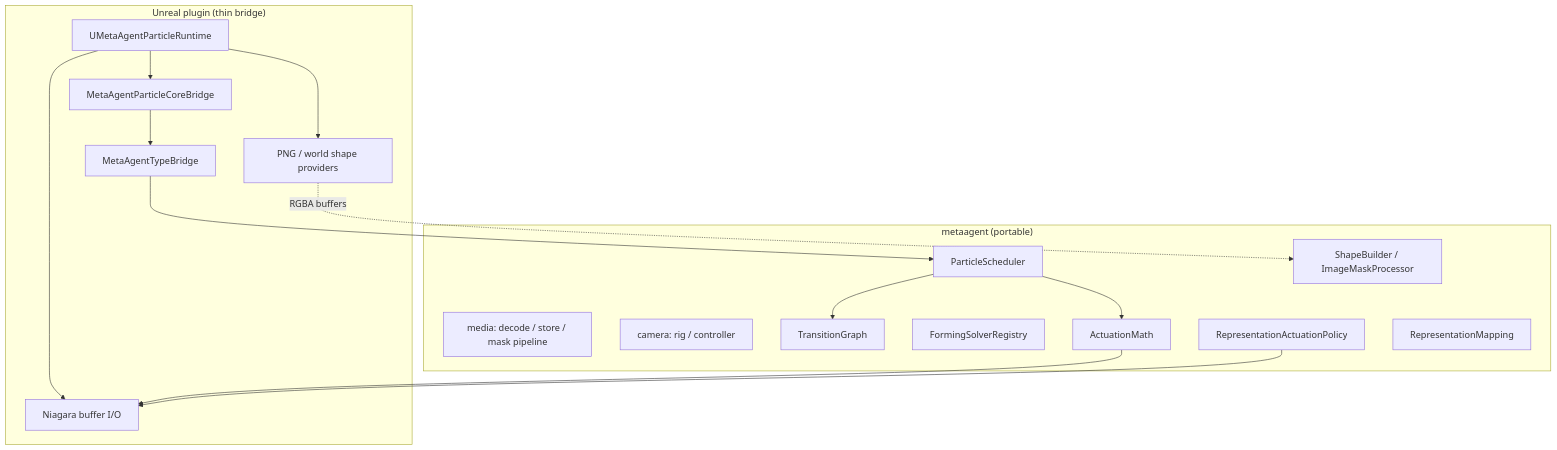
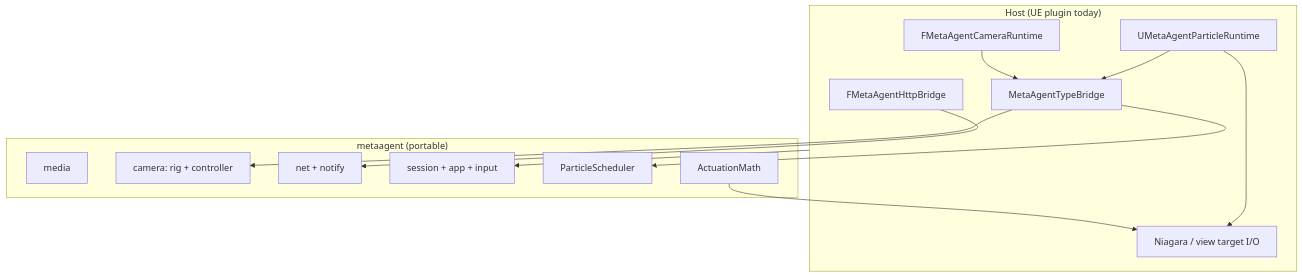
One commit to vecnode/metaagent-ue5-plugin changed the diagram in metaagent/README.md. Above: the diagram before and after it, drawn with Mermaid. The commit also changed other lines of this file and 49 other files, not shown here.

````diff
--- a/metaagent/README.md
+++ b/metaagent/README.md
@@ -23,33 +23,26 @@
 ```mermaid
 flowchart TB
-    subgraph UE["Unreal plugin (thin bridge)"]
+    subgraph Host["Host (UE plugin today)"]
         RT[UMetaAgentParticleRuntime]
         TB[MetaAgentTypeBridge]
-        Bridge[MetaAgentParticleCoreBridge]
-        NIAG[Niagara buffer I/O]
-        Shapes[PNG / world shape providers]
+        CamHost[FMetaAgentCameraRuntime]
+        HttpHost[FMetaAgentHttpBridge]
+        NIAG[Niagara / view target I/O]
     end
 
     subgraph Core["metaagent (portable)"]
-        Media[media: decode / store / mask pipeline]
-        Cam[camera: rig / controller]
+        Media[media]
+        Cam[camera: rig + controller]
+        Net[net + notify]
+        Sess[session + app + input]
         Sched[ParticleScheduler]
-        Graph[TransitionGraph]
-        Form[FormingSolverRegistry]
         Act[ActuationMath]
-        RepPol[RepresentationActuationPolicy]
-        RepMap[RepresentationMapping]
-        Shape[ShapeBuilder / ImageMaskProcessor]
     end
 
-    RT --> Bridge
-    Bridge --> TB
-    TB --> Sched
-    Sched --> Graph
-    Sched --> Act
+    RT --> TB --> Sched
+    CamHost --> TB --> Cam
+    HttpHost --> Net
+    Host --> Sess
     RT --> NIAG
-    RT --> Shapes
-    Shapes -.->|RGBA buffers| Shape
     Act --> NIAG
-    RepPol --> NIAG
 ```
````
